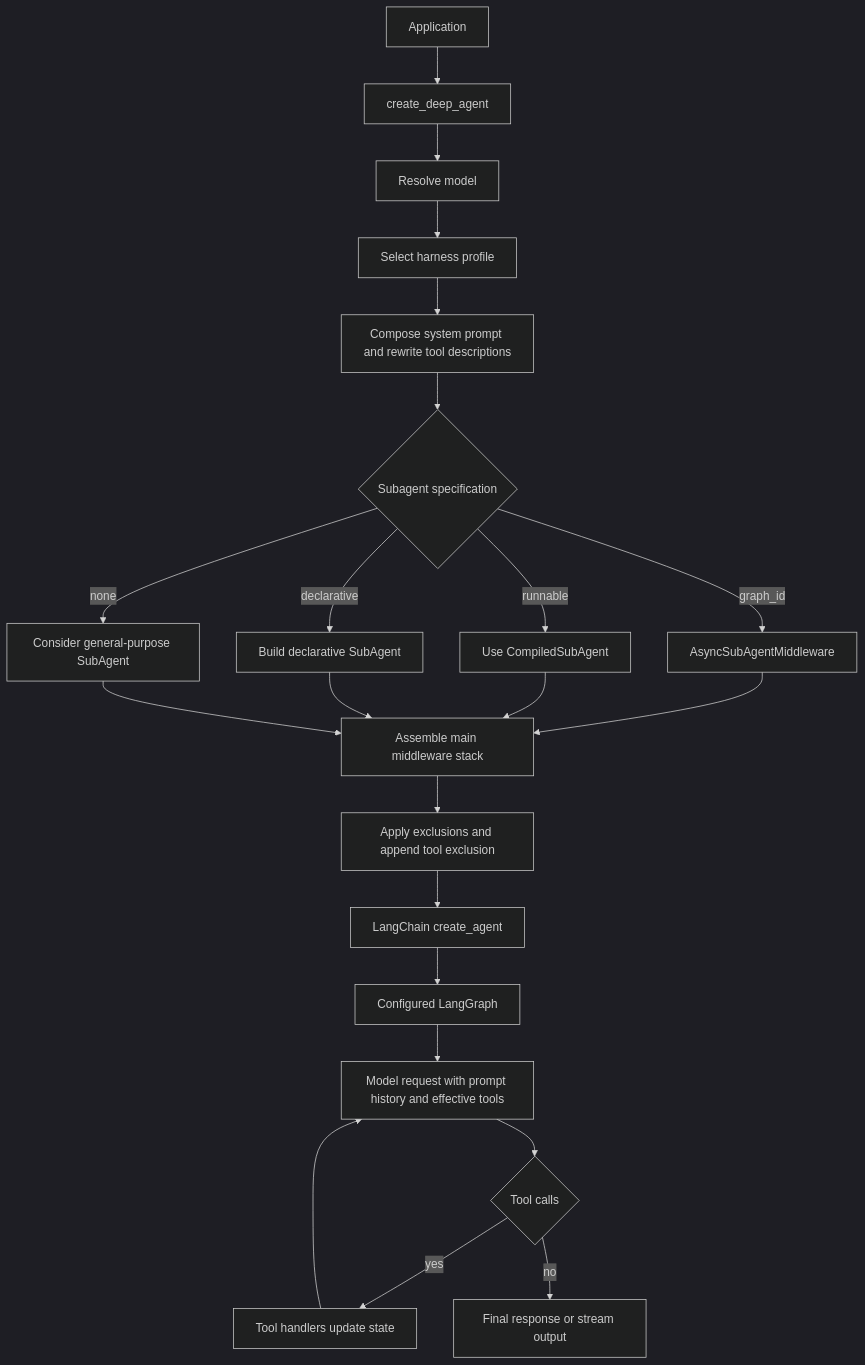
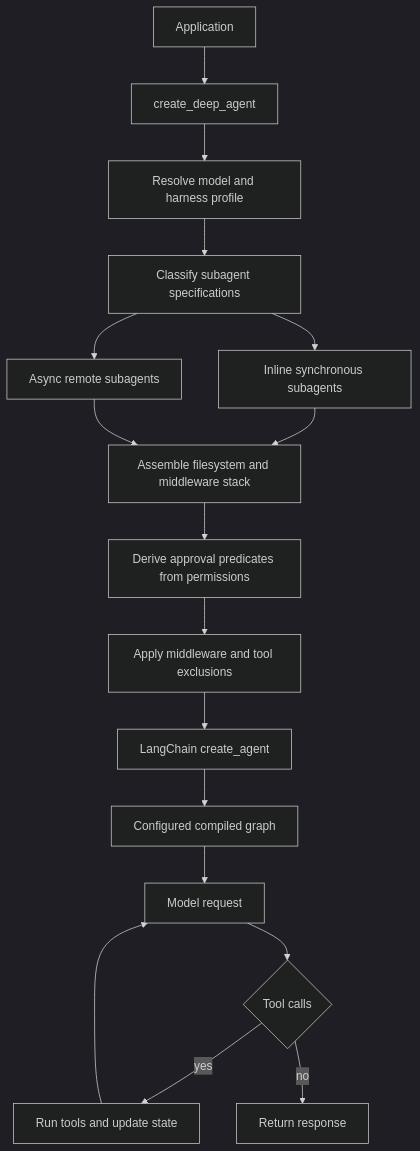
Before and after one commit to langchain-ai/deepagents: the diagram in openwiki/architecture/sdk-construction-execution.md, drawn with Mermaid (dark theme). The commit also changed other lines of this file and 44 other files, not shown here.

````diff
--- a/openwiki/architecture/sdk-construction-execution.md
+++ b/openwiki/architecture/sdk-construction-execution.md
@@ -31,24 +37,19 @@
 ```mermaid
 flowchart TD
     App["Application"] --> Builder["create_deep_agent"]
-    Builder --> Model["Resolve model"]
-    Model --> Profile["Select harness profile"]
-    Profile --> Prompt["Compose system prompt and rewrite tool descriptions"]
-    Prompt --> Split{"Subagent specification"}
-    Split -->|"graph_id"| Async["AsyncSubAgentMiddleware"]
-    Split -->|"runnable"| Compiled["Use CompiledSubAgent"]
-    Split -->|"declarative"| Declarative["Build declarative SubAgent"]
-    Split -->|"none"| General["Consider general-purpose SubAgent"]
-    Async --> Stack["Assemble main middleware stack"]
-    Compiled --> Stack
-    Declarative --> Stack
-    General --> Stack
-    Stack --> Exclusions["Apply exclusions and append tool exclusion"]
-    Exclusions --> Compile["LangChain create_agent"]
-    Compile --> Graph["Configured LangGraph"]
-    Graph --> Request["Model request with prompt history and effective tools"]
-    Request --> Decision{"Tool calls"}
-    Decision -->|"yes"| Handlers["Tool handlers update state"]
-    Handlers --> Request
-    Decision -->|"no"| Result["Final response or stream output"]
+    Builder --> Resolve["Resolve model and harness profile"]
+    Resolve --> Classify["Classify subagent specifications"]
+    Classify --> Sync["Inline synchronous subagents"]
+    Classify --> Remote["Async remote subagents"]
+    Sync --> Assemble["Assemble filesystem and middleware stack"]
+    Remote --> Assemble
+    Assemble --> Approval["Derive approval predicates from permissions"]
+    Approval --> Filter["Apply middleware and tool exclusions"]
+    Filter --> Compile["LangChain create_agent"]
+    Compile --> Graph["Configured compiled graph"]
+    Graph --> Request["Model request"]
+    Request --> Calls{"Tool calls"}
+    Calls -->|"yes"| Tools["Run tools and update state"]
+    Tools --> Request
+    Calls -->|"no"| Finish["Return response"]
 ```
````
